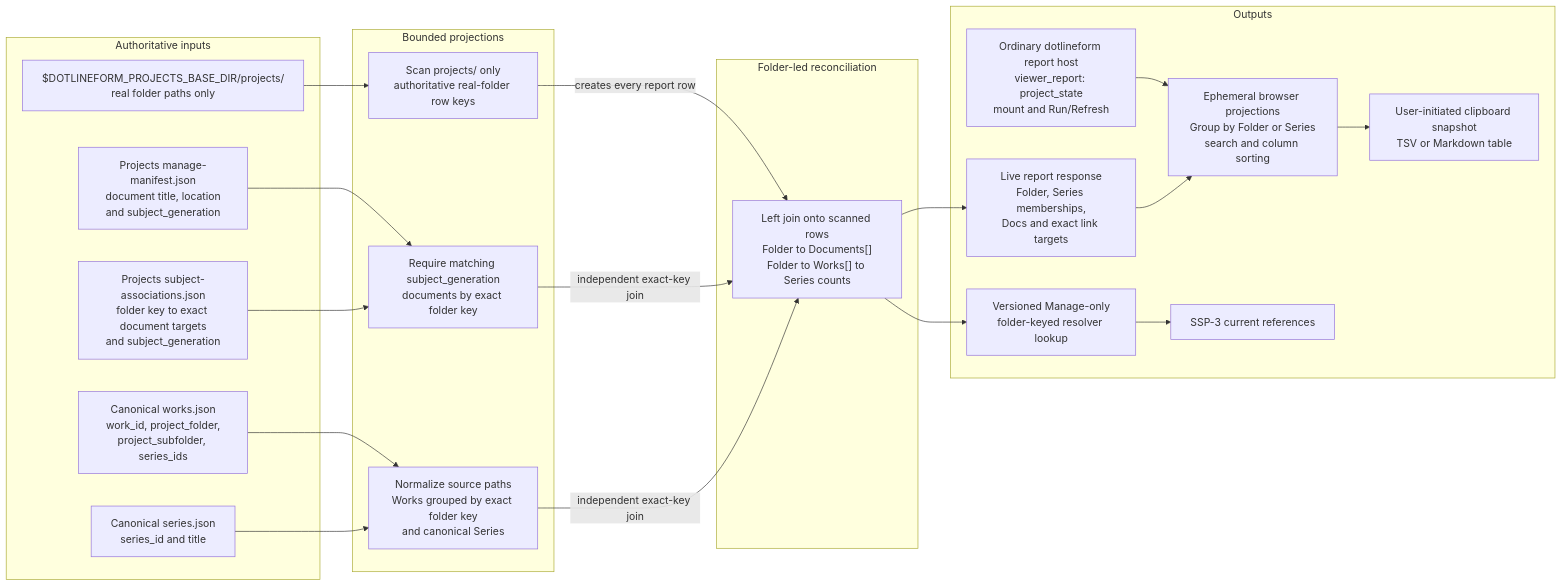
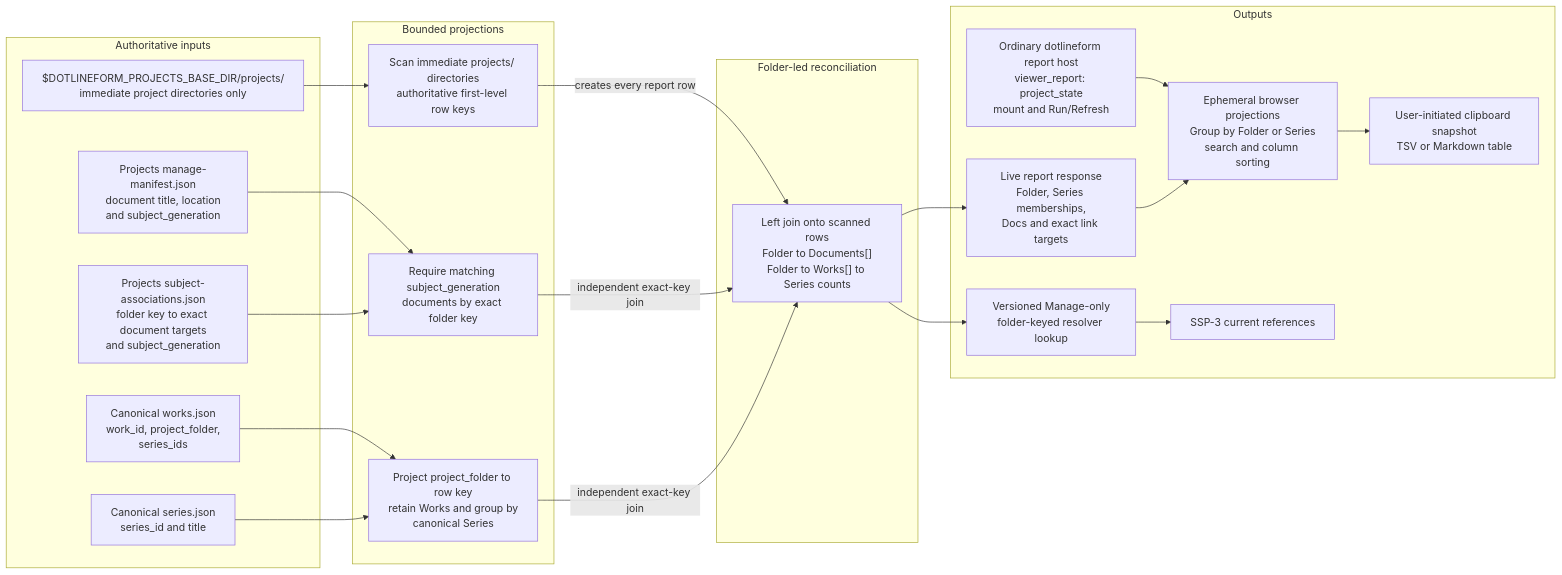
The diagram in docs-viewer/scopes/studio/source/documents/d-20260802-121105-c574f9.md (dotlineform/dotlineform-site), drawn with Mermaid before and after one commit. The commit also changed other lines of this file and 12 other files, not shown here.

````diff
--- a/docs-viewer/scopes/studio/source/documents/d-20260802-121105-c574f9.md
+++ b/docs-viewer/scopes/studio/source/documents/d-20260802-121105-c574f9.md
@@ -42,45 +42,45 @@
 ```mermaid
 flowchart LR
     accTitle: Project State report data flow
     accDescr: The projects folder scan establishes the real-folder rows. Matching Projects document associations and canonical Works join independently by exact folder key. Works are grouped through canonical Series before the live report and resolver lookup are produced.
 
     subgraph inputs["Authoritative inputs"]
-        folders["$DOTLINEFORM_PROJECTS_BASE_DIR/projects/<br/>real folder paths only"]
+        folders["$DOTLINEFORM_PROJECTS_BASE_DIR/projects/<br/>immediate project directories only"]
         projectManifest["Projects manage-manifest.json<br/>document title, location<br/>and subject_generation"]
         associations["Projects subject-associations.json<br/>folder key to exact document targets<br/>and subject_generation"]
-        works["Canonical works.json<br/>work_id, project_folder,<br/>project_subfolder, series_ids"]
+        works["Canonical works.json<br/>work_id, project_folder,<br/>series_ids"]
         series["Canonical series.json<br/>series_id and title"]
     end
 
     subgraph projections["Bounded projections"]
-        scannedRows["Scan projects/ only<br/>authoritative real-folder row keys"]
+        scannedRows["Scan immediate projects/ directories<br/>authoritative first-level row keys"]
         docsByFolder["Require matching subject_generation<br/>documents by exact folder key"]
-        worksByFolder["Normalize source paths<br/>Works grouped by exact folder key<br/>and canonical Series"]
+        worksByFolder["Project project_folder to row key<br/>retain Works and group by<br/>canonical Series"]
     end
 
     subgraph reconciliation["Folder-led reconciliation"]
         join["Left join onto scanned rows<br/>Folder to Documents[]<br/>Folder to Works[] to Series counts"]
     end
 
     subgraph outputs["Outputs"]
         liveResult["Live report response<br/>Folder, Series memberships,<br/>Docs and exact link targets"]
         reportHost["Ordinary dotlineform report host<br/>viewer_report: project_state<br/>mount and Run/Refresh"]
         browserRows["Ephemeral browser projections<br/>Group by Folder or Series<br/>search and column sorting"]
         clipboard["User-initiated clipboard snapshot<br/>TSV or Markdown table"]
         folderLookup["Versioned Manage-only<br/>folder-keyed resolver lookup"]
         resolver["SSP-3 current references"]
     end
 
     folders --> scannedRows
     scannedRows -->|"creates every report row"| join
     projectManifest --> docsByFolder
     associations --> docsByFolder
     docsByFolder -->|"independent exact-key join"| join
     works --> worksByFolder
     series --> worksByFolder
     worksByFolder -->|"independent exact-key join"| join
     reportHost --> browserRows
     join --> liveResult --> browserRows
     browserRows --> clipboard
     join --> folderLookup --> resolver
 ```
````
